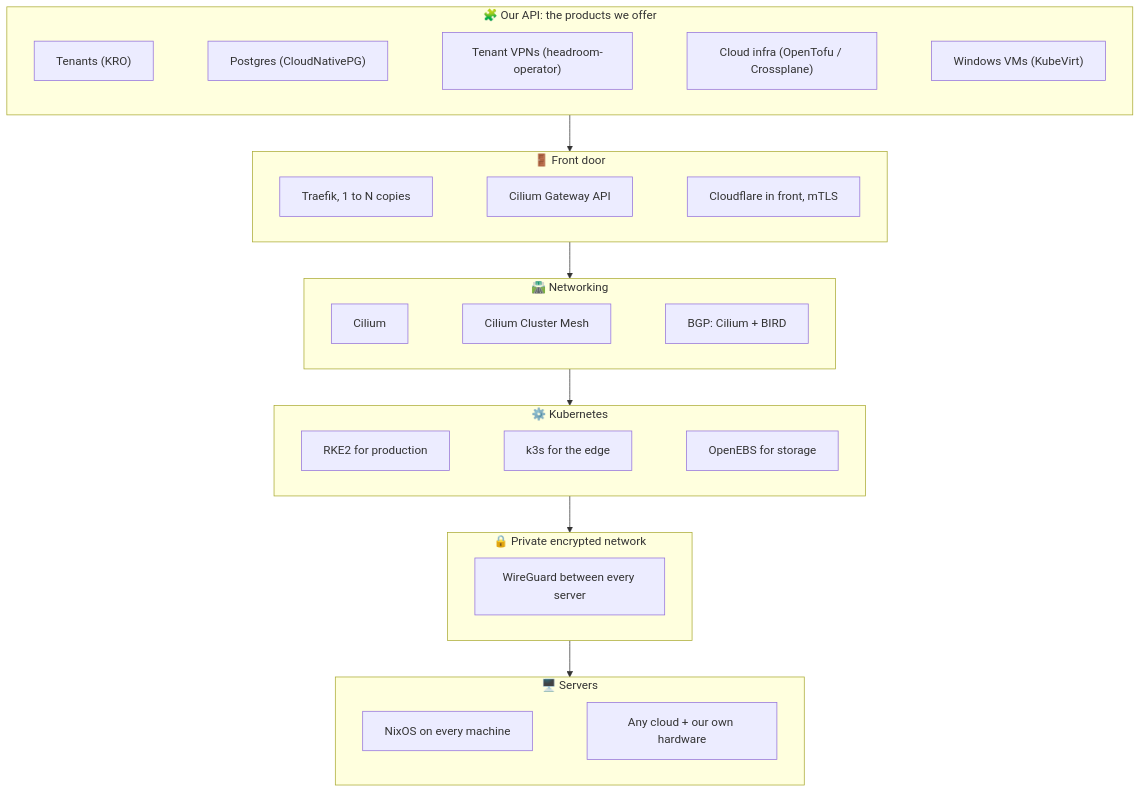
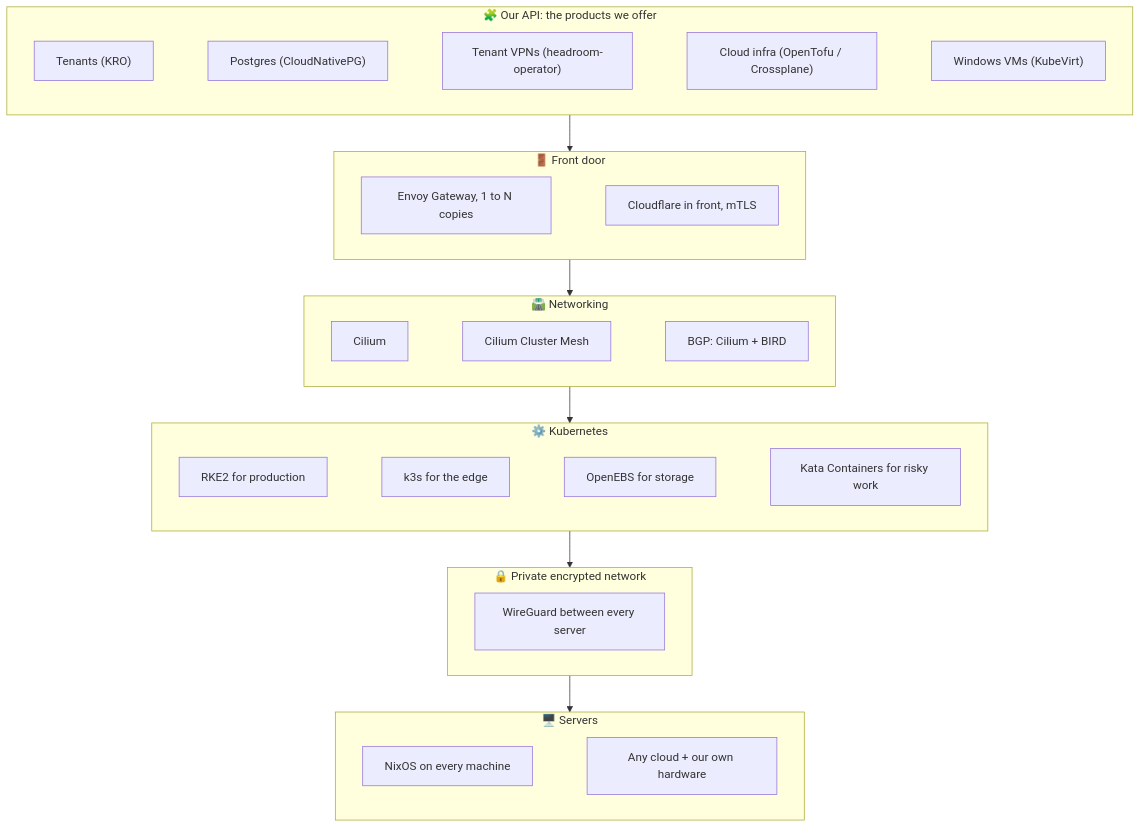
One commit to external-systems/explain-kube-to-me changed the first of 2 diagrams in documentation/docs/our-platform.md. Above: the diagram before and after it, drawn with Mermaid. The commit also changed other lines of this file and 68 other files, not shown here.

First line of the commit message:
Slides: 8 topics with real icons and hand-drawn diagrams

````diff
--- a/documentation/docs/our-platform.md
+++ b/documentation/docs/our-platform.md
@@ -7,28 +7,28 @@
 ```mermaid
 flowchart TB
     subgraph L6["🧩 Our API: the products we offer"]
         direction LR
         x1["Tenants (KRO)"] ~~~ x2["Postgres (CloudNativePG)"] ~~~ x3["Tenant VPNs (headroom-operator)"] ~~~ x4["Cloud infra (OpenTofu / Crossplane)"] ~~~ x5["Windows VMs (KubeVirt)"]
     end
     subgraph L5["🚪 Front door"]
         direction LR
-        f1["Traefik, 1 to N copies"] ~~~ f2["Cilium Gateway API"] ~~~ f3["Cloudflare in front, mTLS"]
+        f1["Envoy Gateway, 1 to N copies"] ~~~ f3["Cloudflare in front, mTLS"]
     end
     subgraph L4["🛣️ Networking"]
         direction LR
         n1["Cilium"] ~~~ n2["Cilium Cluster Mesh"] ~~~ n3["BGP: Cilium + BIRD"]
     end
     subgraph L3["⚙️ Kubernetes"]
         direction LR
-        k1["RKE2 for production"] ~~~ k2["k3s for the edge"] ~~~ k3["OpenEBS for storage"]
+        k1["RKE2 for production"] ~~~ k2["k3s for the edge"] ~~~ k3["OpenEBS for storage"] ~~~ k4["Kata Containers for risky work"]
     end
     subgraph L2["🔒 Private encrypted network"]
         direction LR
         w1["WireGuard between every server"]
     end
     subgraph L1["🖥️ Servers"]
         direction LR
         s1["NixOS on every machine"] ~~~ s2["Any cloud + our own hardware"]
     end
     L6 --> L5 --> L4 --> L3 --> L2 --> L1
 ```
````
